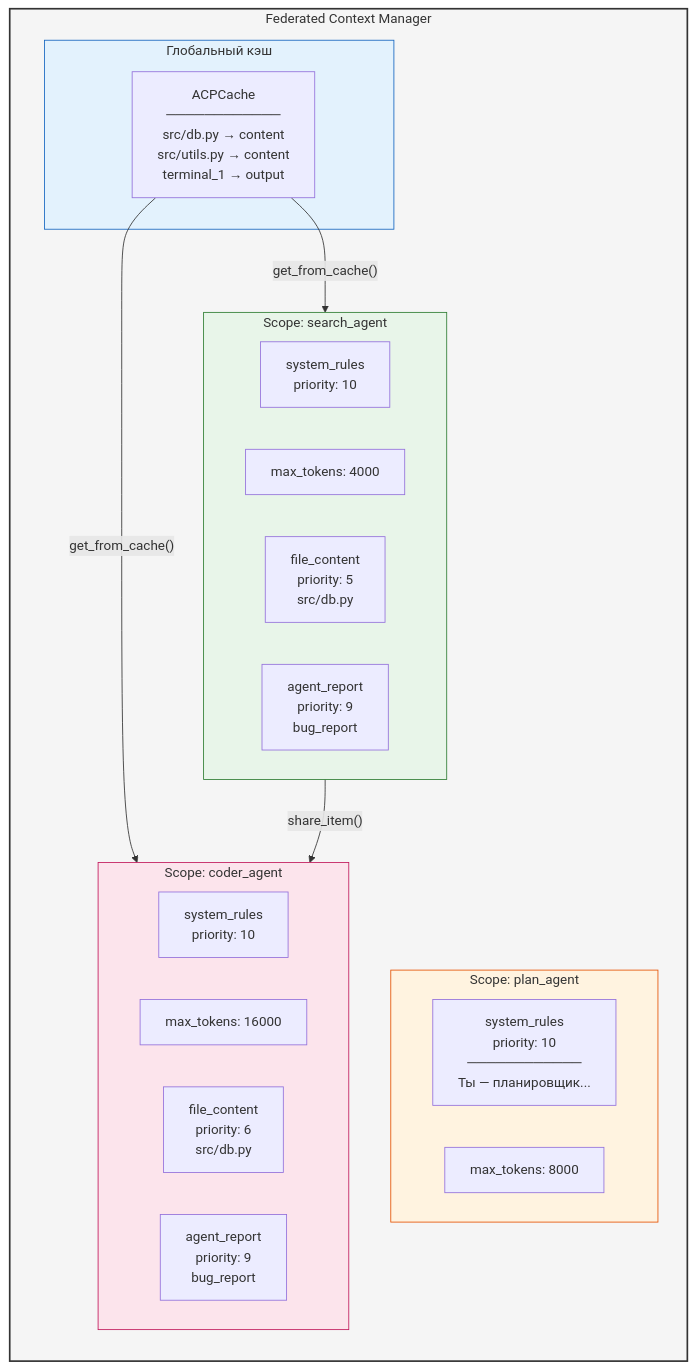
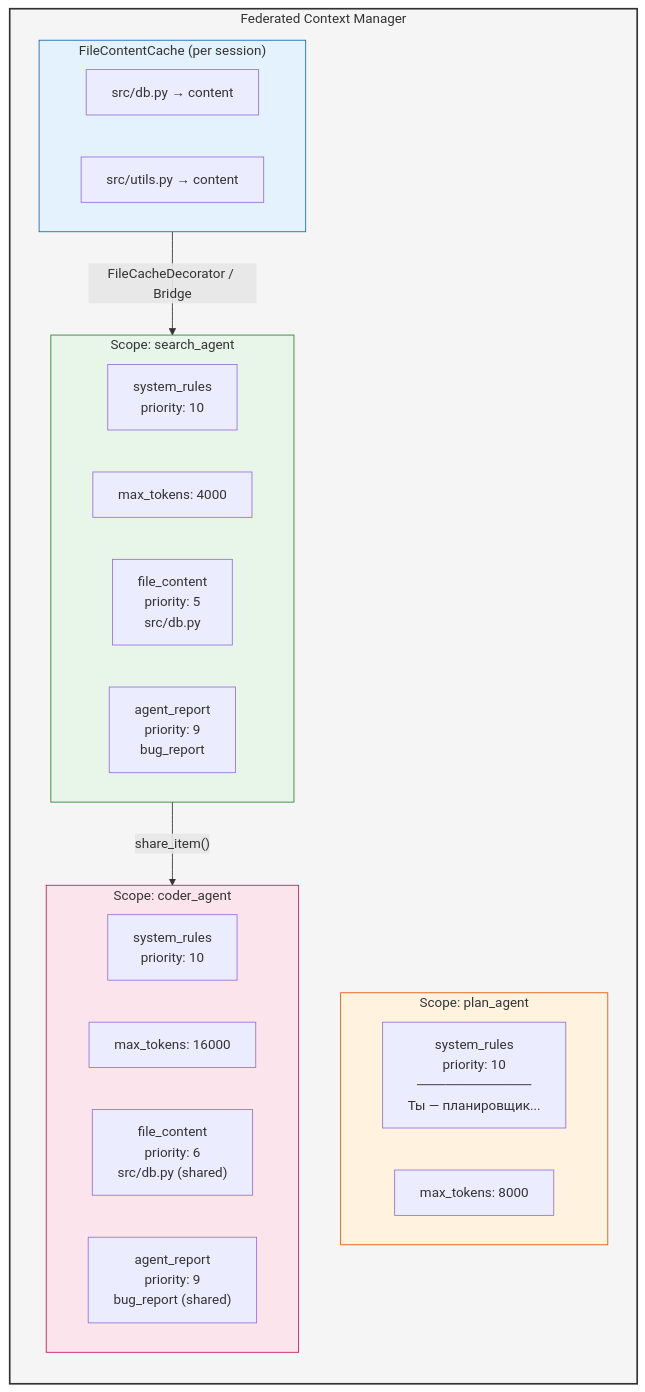
Before and after one commit to pese-git/codelab-agent: the third of 10 diagrams in doc/internals/architecture/fcm/DIAGRAMS.md, drawn with Mermaid. The commit also changed other lines of this file and 7 other files, not shown here.

````diff
--- a/doc/internals/architecture/fcm/DIAGRAMS.md
+++ b/doc/internals/architecture/fcm/DIAGRAMS.md
@@ -148,38 +167,37 @@
 ```mermaid
 graph LR
     subgraph FCM["Federated Context Manager"]
-        subgraph Global["Глобальный кэш"]
-            Cache["ACPCache<br/>────────────<br/>src/db.py → content<br/>src/utils.py → content<br/>terminal_1 → output"]
+        subgraph Cache["FileContentCache (per session)"]
+            C1["src/db.py → content"]
+            C2["src/utils.py → content"]
         end
-        
+
         subgraph PlanScope["Scope: plan_agent"]
             PlanRules["system_rules<br/>priority: 10<br/>────────────<br/>Ты — планировщик..."]
             PlanBudget["max_tokens: 8000"]
         end
-        
+
         subgraph SearchScope["Scope: search_agent"]
             SearchRules["system_rules<br/>priority: 10"]
             SearchBudget["max_tokens: 4000"]
             SearchFile["file_content<br/>priority: 5<br/>src/db.py"]
             SearchReport["agent_report<br/>priority: 9<br/>bug_report"]
         end
-        
+
         subgraph CoderScope["Scope: coder_agent"]
             CoderRules["system_rules<br/>priority: 10"]
             CoderBudget["max_tokens: 16000"]
-            CoderFile["file_content<br/>priority: 6<br/>src/db.py"]
-            CoderReport["agent_report<br/>priority: 9<br/>bug_report"]
+            CoderFile["file_content<br/>priority: 6<br/>src/db.py (shared)"]
+            CoderReport["agent_report<br/>priority: 9<br/>bug_report (shared)"]
         end
     end
-    
-    Cache -->|"get_from_cache()"| SearchScope
-    Cache -->|"get_from_cache()"| CoderScope
-    
+
+    Cache -->|"FileCacheDecorator / Bridge"| SearchScope
     SearchScope -->|"share_item()"| CoderScope
-    
+
     style FCM fill:#f5f5f5,stroke:#333,stroke-width:2px
-    style Global fill:#e3f2fd,stroke:#1565c0
+    style Cache fill:#e3f2fd,stroke:#1565c0
     style PlanScope fill:#fff3e0,stroke:#e65100
     style SearchScope fill:#e8f5e9,stroke:#2e7d32
     style CoderScope fill:#fce4ec,stroke:#c2185b
 ```
````
